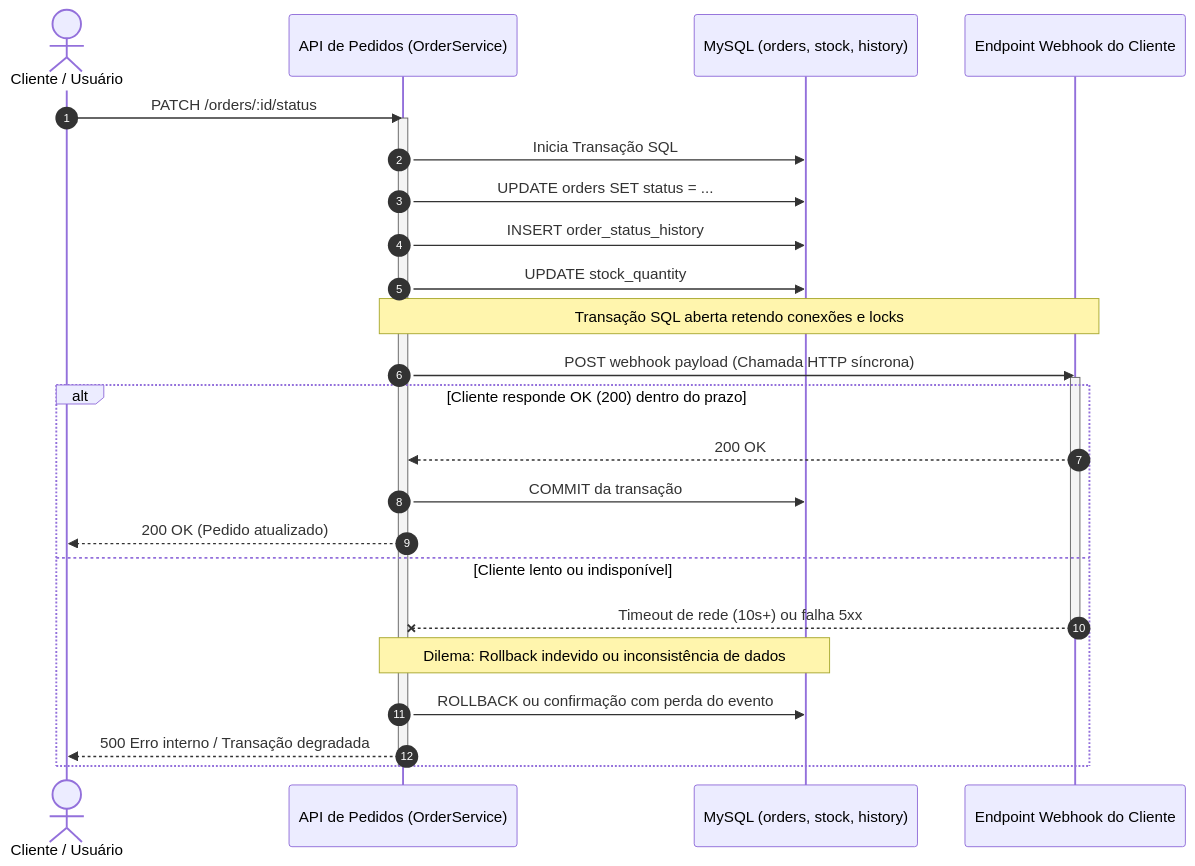
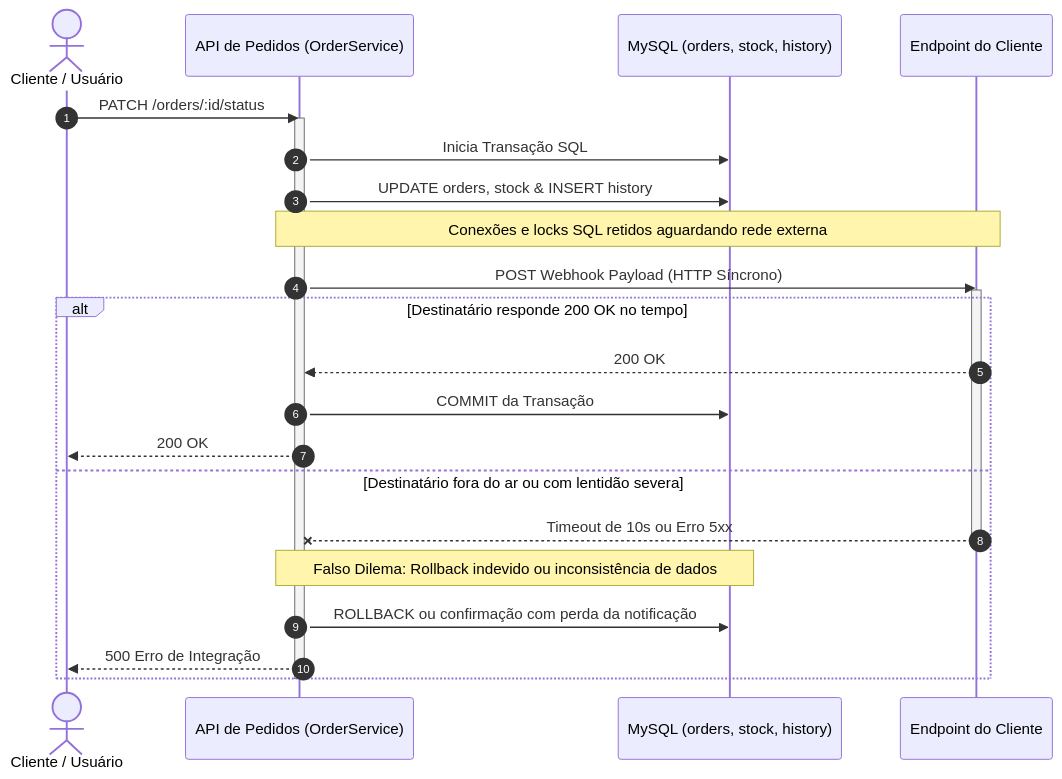
One commit to rylphs/mba-ia-desafio-design-docs-com-ia changed the second of 3 diagrams in docs/RFC.md. Above: the diagram before and after it, drawn with Mermaid. The commit also changed other lines of this file, not shown here.

````diff
--- a/docs/RFC.md
+++ b/docs/RFC.md
@@ -67,30 +105,28 @@
 ```mermaid
 sequenceDiagram
     autonumber
     actor Client as Cliente / Usuário
     participant API as API de Pedidos (OrderService)
     participant DB as MySQL (orders, stock, history)
-    participant Customer as Endpoint Webhook do Cliente
-
+    participant Remote as Endpoint do Cliente
+    
     Client->>API: PATCH /orders/:id/status
     activate API
     API->>DB: Inicia Transação SQL
-    API->>DB: UPDATE orders SET status = ...
-    API->>DB: INSERT order_status_history
-    API->>DB: UPDATE stock_quantity
-    Note over API,Customer: Transação SQL aberta retendo conexões e locks
-    API->>Customer: POST webhook payload (Chamada HTTP síncrona)
-    activate Customer
-    alt Cliente responde OK (200) dentro do prazo
-        Customer-->>API: 200 OK
-        API->>DB: COMMIT da transação
-        API-->>Client: 200 OK (Pedido atualizado)
-    else Cliente lento ou indisponível
-        Customer--xAPI: Timeout de rede (10s+) ou falha 5xx
-        deactivate Customer
-        Note over API,DB: Dilema: Rollback indevido ou inconsistência de dados
-        API->>DB: ROLLBACK ou confirmação com perda do evento
-        API-->>Client: 500 Erro interno / Transação degradada
+    API->>DB: UPDATE orders, stock & INSERT history
+    Note over API,Remote: Conexões e locks SQL retidos aguardando rede externa
+    API->>Remote: POST Webhook Payload (HTTP Síncrono)
+    activate Remote
+    alt Destinatário responde 200 OK no tempo
+        Remote-->>API: 200 OK
+        API->>DB: COMMIT da Transação
+        API-->>Client: 200 OK
+    else Destinatário fora do ar ou com lentidão severa
+        Remote--xAPI: Timeout de 10s ou Erro 5xx
+        deactivate Remote
+        Note over API,DB: Falso Dilema: Rollback indevido ou inconsistência de dados
+        API->>DB: ROLLBACK ou confirmação com perda da notificação
+        API-->>Client: 500 Erro de Integração
     end
     deactivate API
 ```
````
